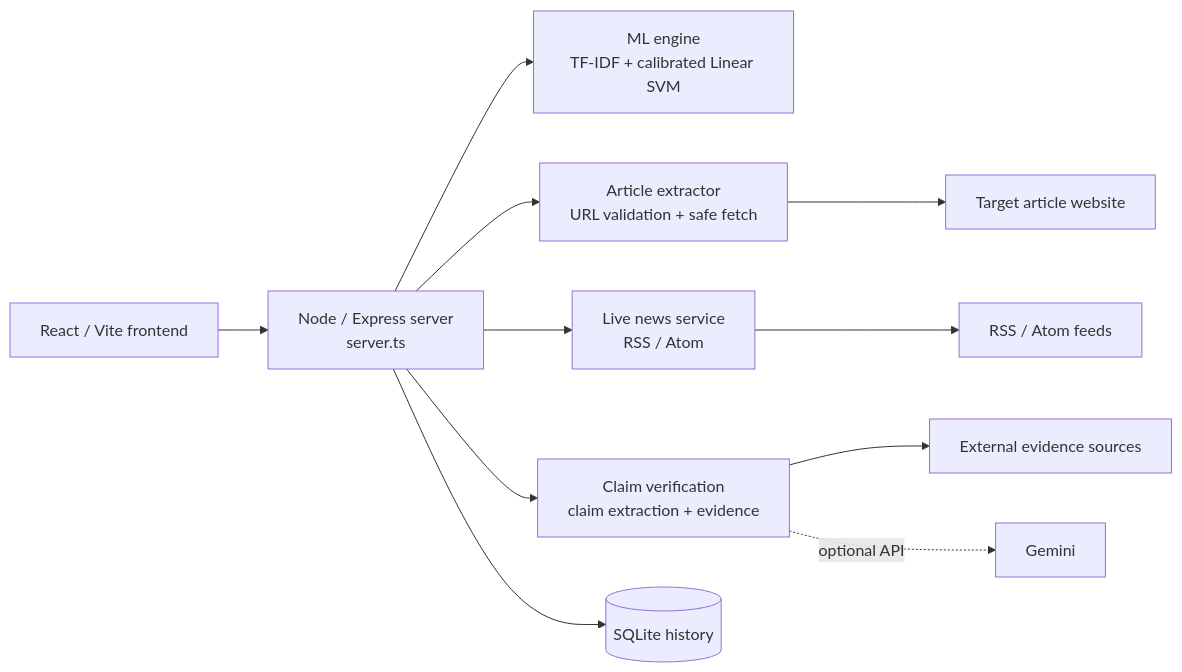
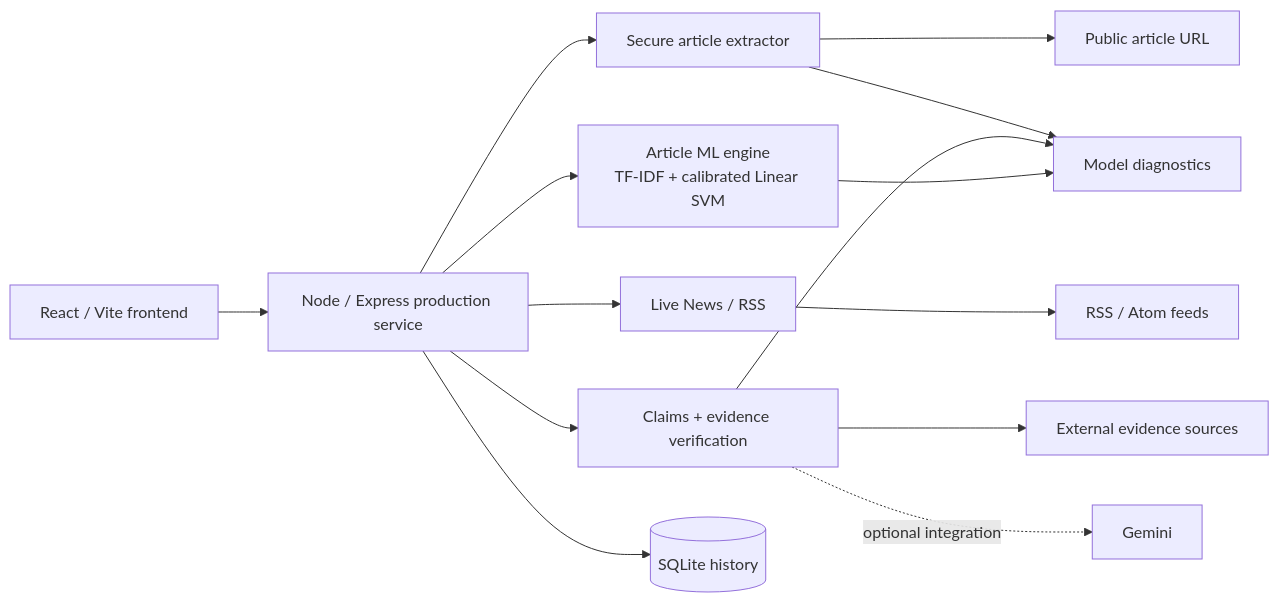
The first of 2 diagrams in README.md (Pappu246/truthlens-ai-fake-news-detection-system), drawn with Mermaid before and after one commit. The commit also changed other lines of this file, not shown here.

Commit message:
docs: update README for ISOT release and current architecture

````diff
--- a/README.md
+++ b/README.md
@@ -72,15 +154,19 @@
-```mermaid
+~~~mermaid
 flowchart LR
-    F[React / Vite frontend] --> S[Node / Express server<br/>server.ts]
+    F[React / Vite frontend] --> S[Node / Express production service]
 
-    S --> M[ML engine<br/>TF-IDF + calibrated Linear SVM]
-    S --> X[Article extractor<br/>URL validation + safe fetch]
-    S --> N[Live news service<br/>RSS / Atom]
-    S --> V[Claim verification<br/>claim extraction + evidence]
+    S --> M[Article ML engine\nTF-IDF + calibrated Linear SVM]
+    S --> X[Secure article extractor]
+    S --> N[Live News / RSS]
+    S --> V[Claims + evidence verification]
     S --> H[(SQLite history)]
 
-    X --> W[Target article website]
+    X --> U[Public article URL]
     N --> R[RSS / Atom feeds]
     V --> E[External evidence sources]
-    V -. optional API .-> G[Gemini]
-```
+    V -. optional integration .-> G[Gemini]
+
+    M --> D[Model diagnostics]
+    V --> D
+    X --> D
+~~~
````
